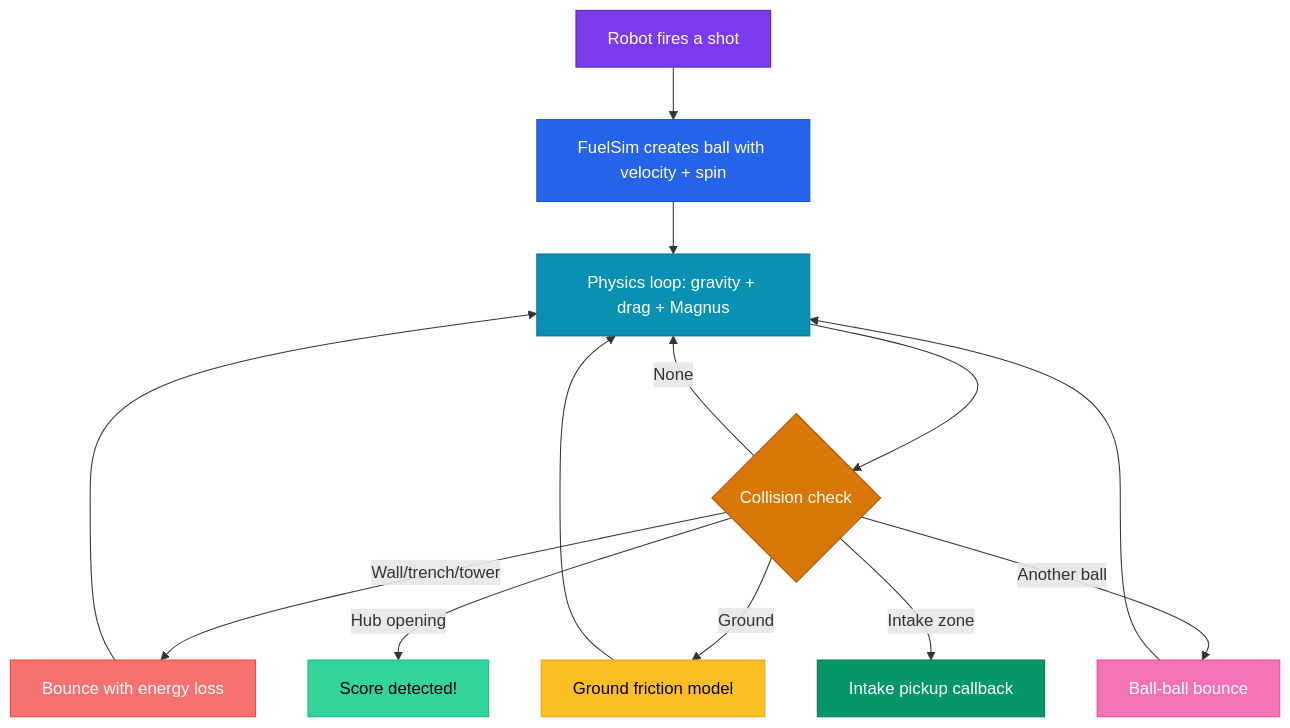
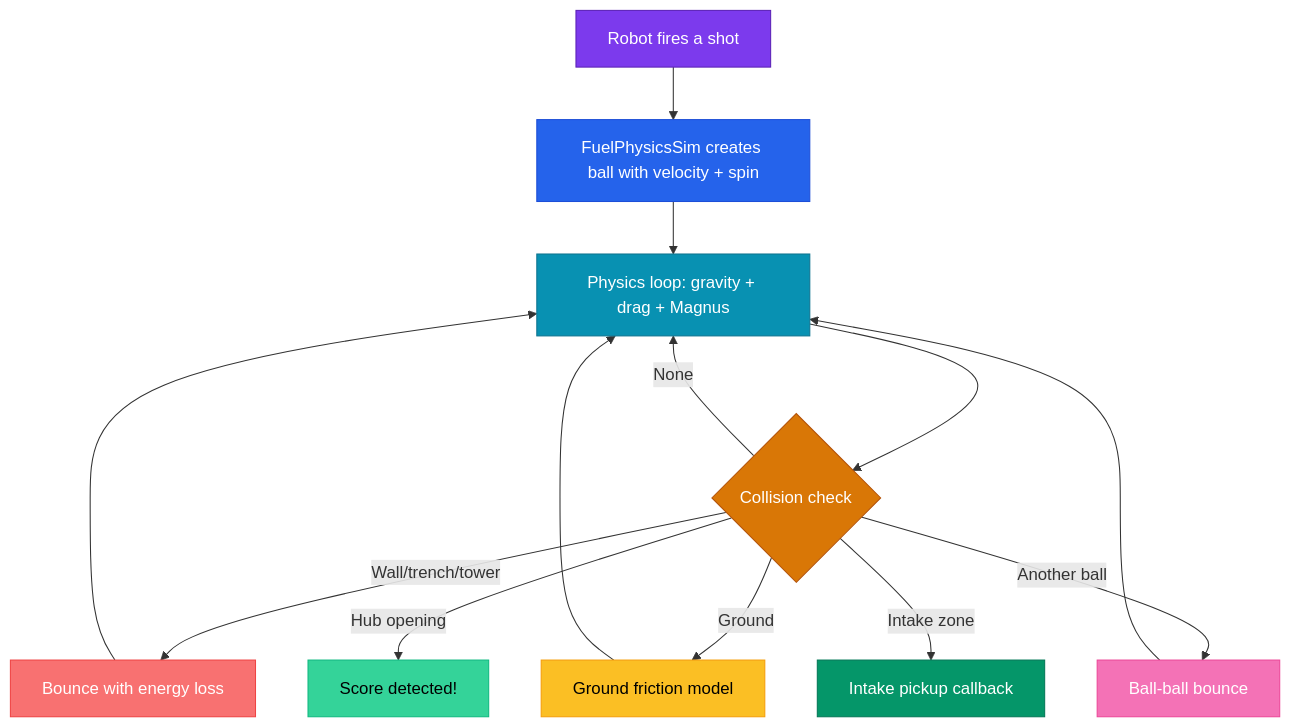
Before and after one commit to eeveemara/frc5962-2026-docs: the diagram in docs/engineering/fuel-simulation.md, drawn with Mermaid. The commit also changed other lines of this file and 2 other files, not shown here.

Commit message:
Rename FuelSim to FuelPhysicsSim to match actual class name

````diff
--- a/docs/engineering/fuel-simulation.md
+++ b/docs/engineering/fuel-simulation.md
@@ -50,25 +50,25 @@
 ```mermaid
 flowchart TD
-    SHOT[Robot fires a shot] --> LAUNCH[FuelSim creates ball with velocity + spin]
+    SHOT[Robot fires a shot] --> LAUNCH[FuelPhysicsSim creates ball with velocity + spin]
     LAUNCH --> PHYSICS[Physics loop: gravity + drag + Magnus]
     PHYSICS --> COLLISION{Collision check}
     COLLISION -->|Wall/trench/tower| BOUNCE[Bounce with energy loss]
     COLLISION -->|Hub opening| SCORE[Score detected!]
     COLLISION -->|Ground| ROLL[Ground friction model]
     COLLISION -->|Another ball| BALLBOUNCE[Ball-ball bounce]
     COLLISION -->|Intake zone| INTAKE[Intake pickup callback]
     COLLISION -->|None| PHYSICS
     BOUNCE --> PHYSICS
     ROLL --> PHYSICS
     BALLBOUNCE --> PHYSICS
 
     style SHOT fill:#7c3aed,stroke:#5b21b6,color:#fff
     style LAUNCH fill:#2563eb,stroke:#1d4ed8,color:#fff
     style PHYSICS fill:#0891b2,stroke:#0e7490,color:#fff
     style COLLISION fill:#d97706,stroke:#b45309,color:#fff
     style BOUNCE fill:#f87171,stroke:#ef4444,color:#fff
     style SCORE fill:#34d399,stroke:#10b981,color:#000
     style ROLL fill:#fbbf24,stroke:#f59e0b,color:#000
     style BALLBOUNCE fill:#f472b6,stroke:#ec4899,color:#fff
     style INTAKE fill:#059669,stroke:#047857,color:#fff
 ```
````
